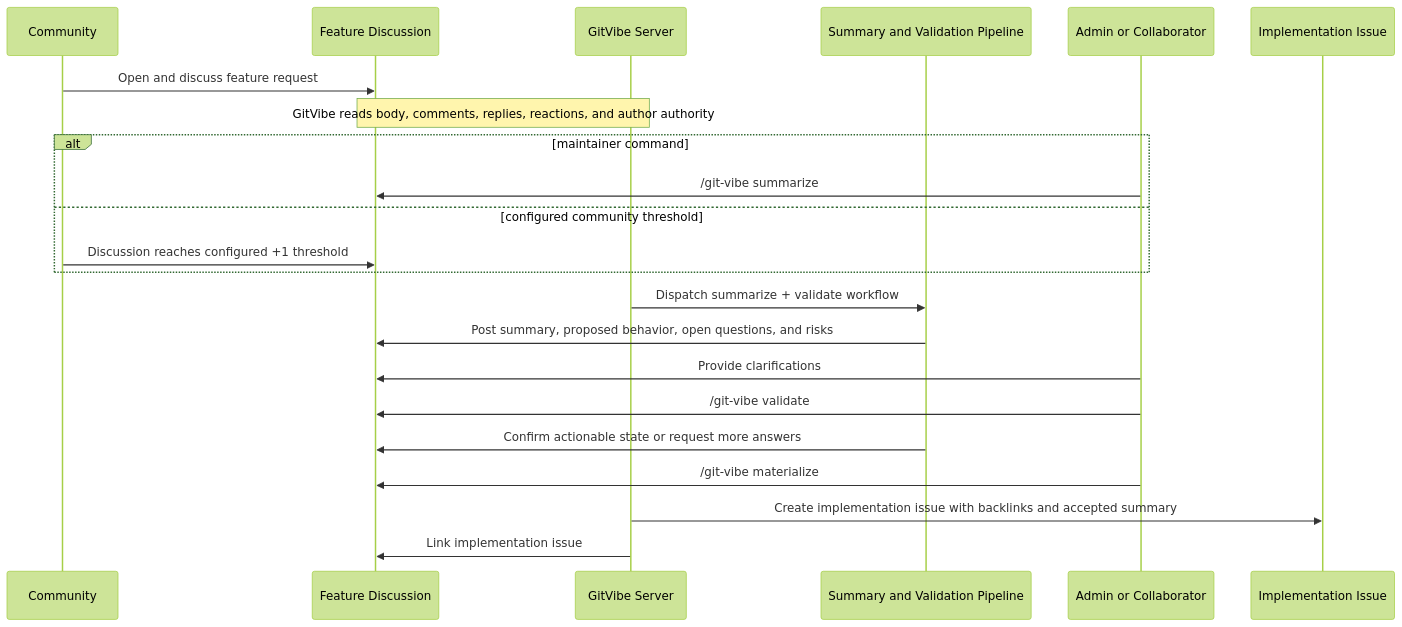
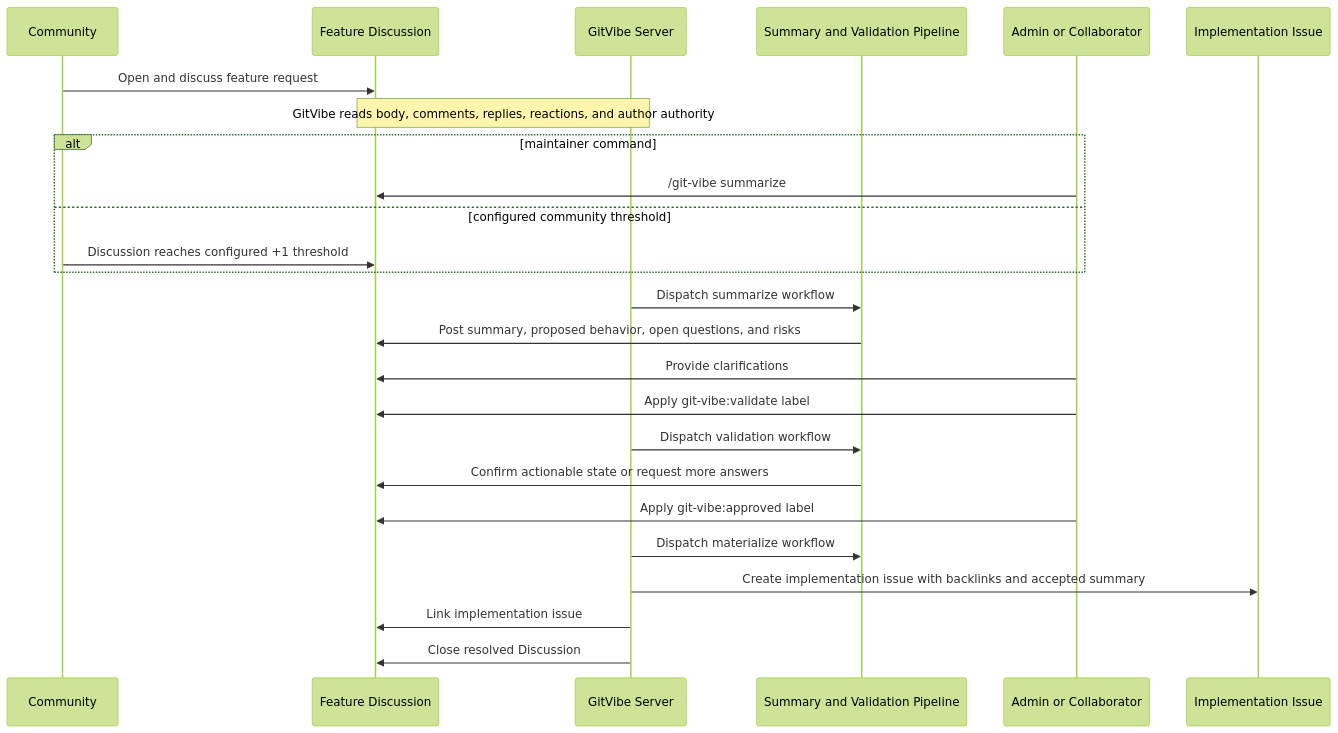
The fourth of 5 diagrams in docs/WORKFLOW.md (markhuangai/git-vibe), drawn with Mermaid (forest theme) before and after one commit. The commit also changed other lines of this file and 19 other files, not shown here.

Commit message:
feat: trigger GitVibe workflows from labels

````diff
--- a/docs/WORKFLOW.md
+++ b/docs/WORKFLOW.md
@@ -256,29 +256,32 @@
 ```mermaid
 sequenceDiagram
   participant Community as Community
   participant Disc as Feature Discussion
   participant App as GitVibe Server
   participant AI as Summary and Validation Pipeline
   participant Maint as Admin or Collaborator
   participant Issue as Implementation Issue
 
   Community->>Disc: Open and discuss feature request
   Note over Disc,App: GitVibe reads body, comments, replies, reactions, and author authority
 
   alt maintainer command
     Maint->>Disc: /git-vibe summarize
   else configured community threshold
     Community->>Disc: Discussion reaches configured +1 threshold
   end
 
-  App->>AI: Dispatch summarize + validate workflow
+  App->>AI: Dispatch summarize workflow
   AI->>Disc: Post summary, proposed behavior, open questions, and risks
 
   Maint->>Disc: Provide clarifications
-  Maint->>Disc: /git-vibe validate
+  Maint->>Disc: Apply git-vibe:validate label
+  App->>AI: Dispatch validation workflow
   AI->>Disc: Confirm actionable state or request more answers
 
-  Maint->>Disc: /git-vibe materialize
+  Maint->>Disc: Apply git-vibe:approved label
+  App->>AI: Dispatch materialize workflow
   App->>Issue: Create implementation issue with backlinks and accepted summary
   App->>Disc: Link implementation issue
+  App->>Disc: Close resolved Discussion
 ```
````
